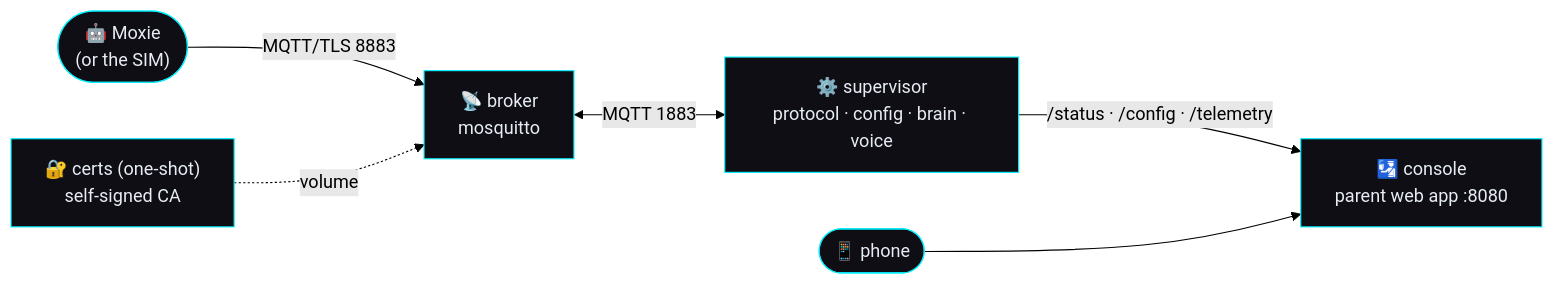
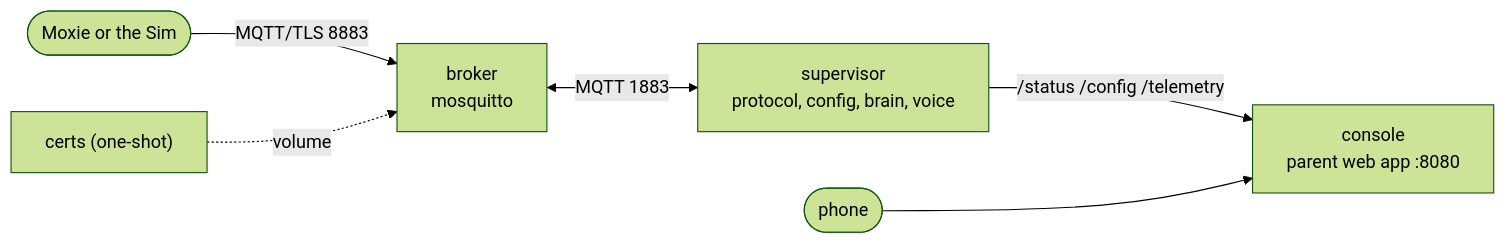
One commit to mvalancy/moxie-robot-saver changed the diagram in sim/web/docs-bundle/guides/one-command-stack.md. Above: the diagram before and after it, drawn with Mermaid (forest theme). The commit also changed other lines of this file and 454 other files, not shown here.

````diff
--- a/sim/web/docs-bundle/guides/one-command-stack.md
+++ b/sim/web/docs-bundle/guides/one-command-stack.md
@@ -14,10 +10,8 @@
 ```mermaid
 flowchart LR
-  moxie(["🤖 Moxie<br/>(or the SIM)"]) -->|"MQTT/TLS 8883"| broker["📡 broker<br/>mosquitto"]
-  broker <-->|"MQTT 1883"| sup["⚙️ supervisor<br/>protocol · config · brain · voice"]
-  sup -->|"/status · /config · /telemetry"| console["🛂 console<br/>parent web app :8080"]
-  phone(["📱 phone"]) --> console
-  certs["🔐 certs (one-shot)<br/>self-signed CA"] -.->|"volume"| broker
-  classDef d fill:#0e0e14,stroke:#00f0ff,color:#e8edf5;
-  class moxie,broker,sup,console,phone,certs d;
+  moxie(["Moxie or the Sim"]) -->|"MQTT/TLS 8883"| broker["broker<br/>mosquitto"]
+  broker <-->|"MQTT 1883"| sup["supervisor<br/>protocol, config, brain, voice"]
+  sup -->|"/status /config /telemetry"| console["console<br/>parent web app :8080"]
+  phone(["phone"]) --> console
+  certs["certs (one-shot)"] -.->|"volume"| broker
 ```
````
